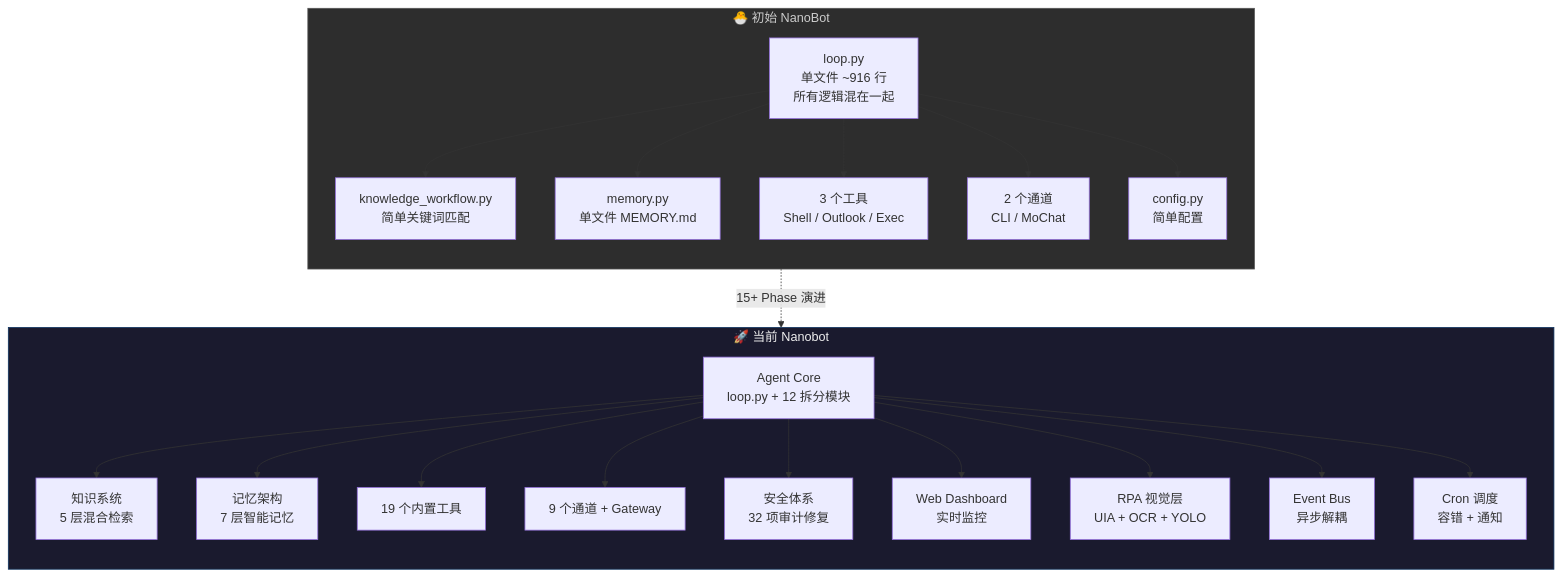
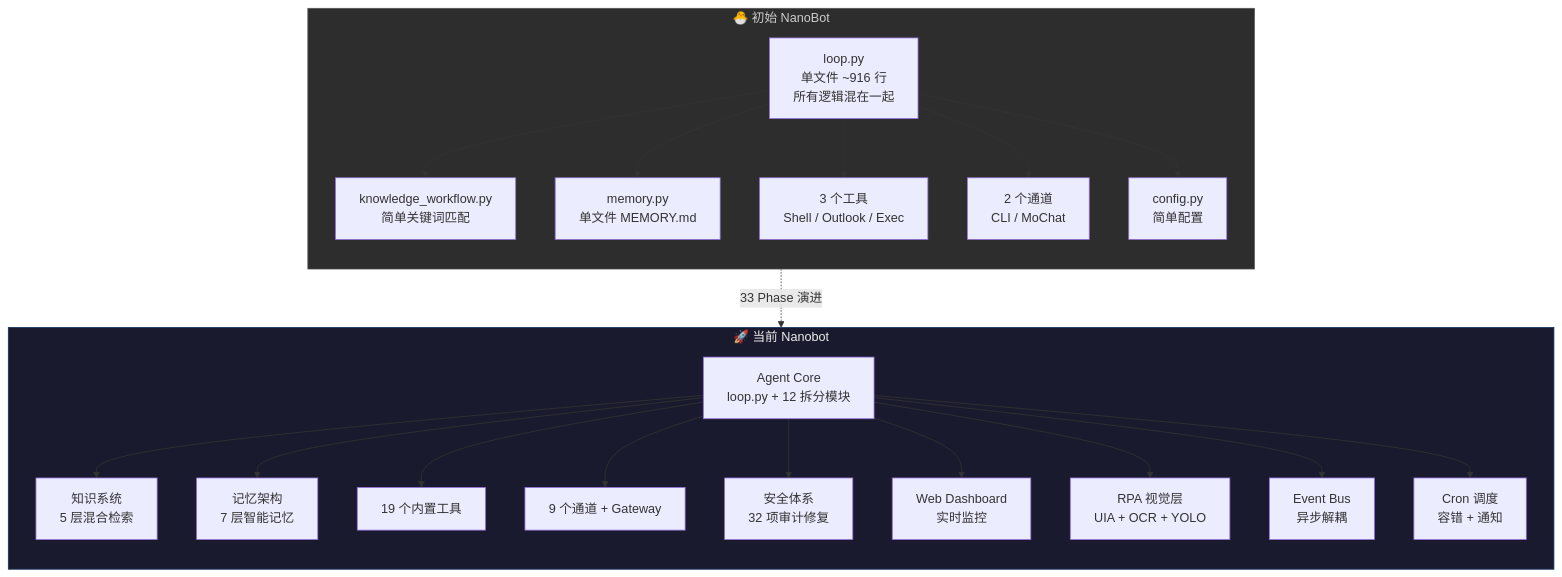
The diagram in docs/archive/EVOLUTION.md (HOTHOTCOOLCOOL/TitanBot), drawn with Mermaid before and after one commit. The commit also changed other lines of this file and 48 other files, not shown here.

````diff
--- a/docs/archive/EVOLUTION.md
+++ b/docs/archive/EVOLUTION.md
@@ -25,47 +25,47 @@
 ```mermaid
 graph TB
     subgraph BEFORE["🐣 初始 NanoBot"]
         direction TB
         B_LOOP["loop.py<br/>单文件 ~916 行<br/>所有逻辑混在一起"]
         B_KB["knowledge_workflow.py<br/>简单关键词匹配"]
         B_MEM["memory.py<br/>单文件 MEMORY.md"]
         B_TOOLS["3 个工具<br/>Shell / Outlook / Exec"]
         B_CH["2 个通道<br/>CLI / MoChat"]
         B_CFG["config.py<br/>简单配置"]
 
         B_LOOP --> B_KB
         B_LOOP --> B_MEM
         B_LOOP --> B_TOOLS
         B_LOOP --> B_CH
         B_LOOP --> B_CFG
     end
 
     subgraph AFTER["🚀 当前 Nanobot"]
         direction TB
         A_CORE["Agent Core<br/>loop.py + 12 拆分模块"]
         A_KNOW["知识系统<br/>5 层混合检索"]
         A_MEM["记忆架构<br/>7 层智能记忆"]
         A_TOOLS["19 个内置工具"]
         A_CH["9 个通道 + Gateway"]
         A_SEC["安全体系<br/>32 项审计修复"]
         A_DASH["Web Dashboard<br/>实时监控"]
         A_RPA["RPA 视觉层<br/>UIA + OCR + YOLO"]
         A_BUS["Event Bus<br/>异步解耦"]
         A_CRON["Cron 调度<br/>容错 + 通知"]
 
         A_CORE --> A_KNOW
         A_CORE --> A_MEM
         A_CORE --> A_TOOLS
         A_CORE --> A_CH
         A_CORE --> A_SEC
         A_CORE --> A_DASH
         A_CORE --> A_RPA
         A_CORE --> A_BUS
         A_CORE --> A_CRON
     end
 
-    BEFORE -.->|"15+ Phase 演进"| AFTER
+    BEFORE -.->|"33 Phase 演进"| AFTER
 
     style BEFORE fill:#2d2d2d,color:#ccc,stroke:#555
     style AFTER fill:#1a1a2e,color:#eee,stroke:#0f3460
 ```
````
